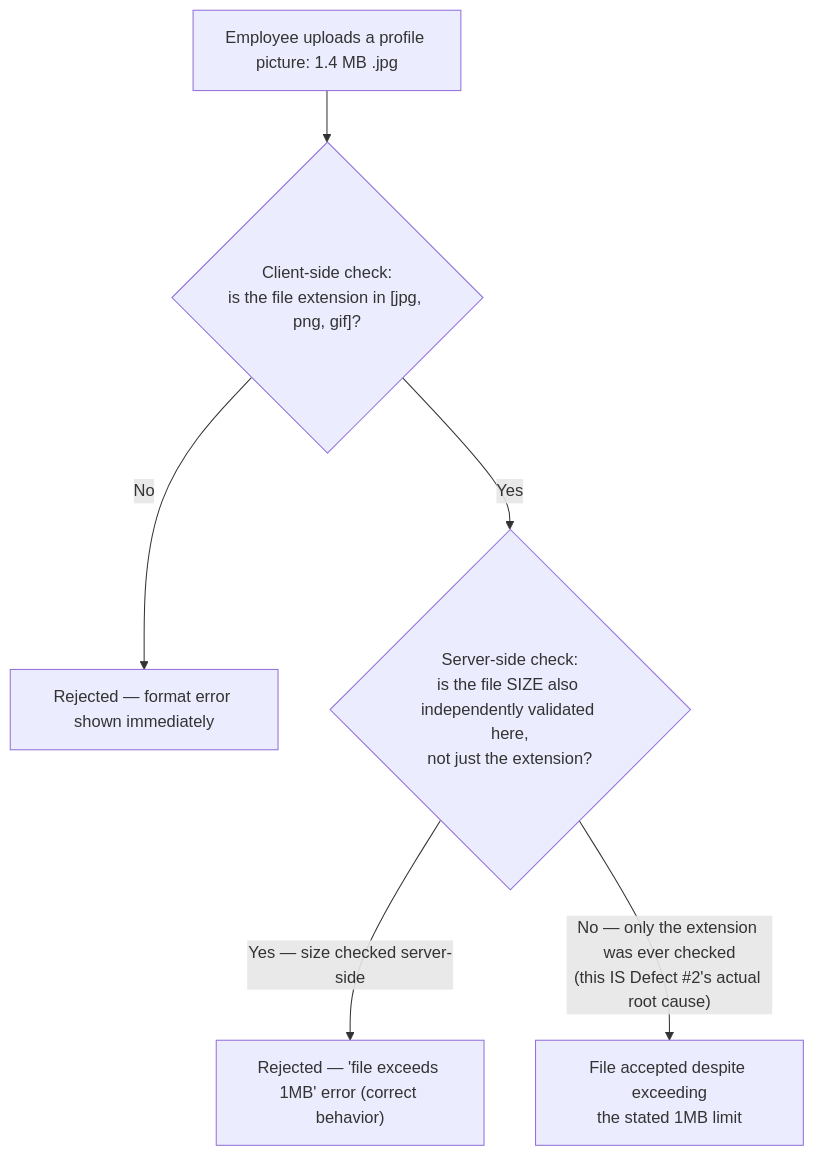
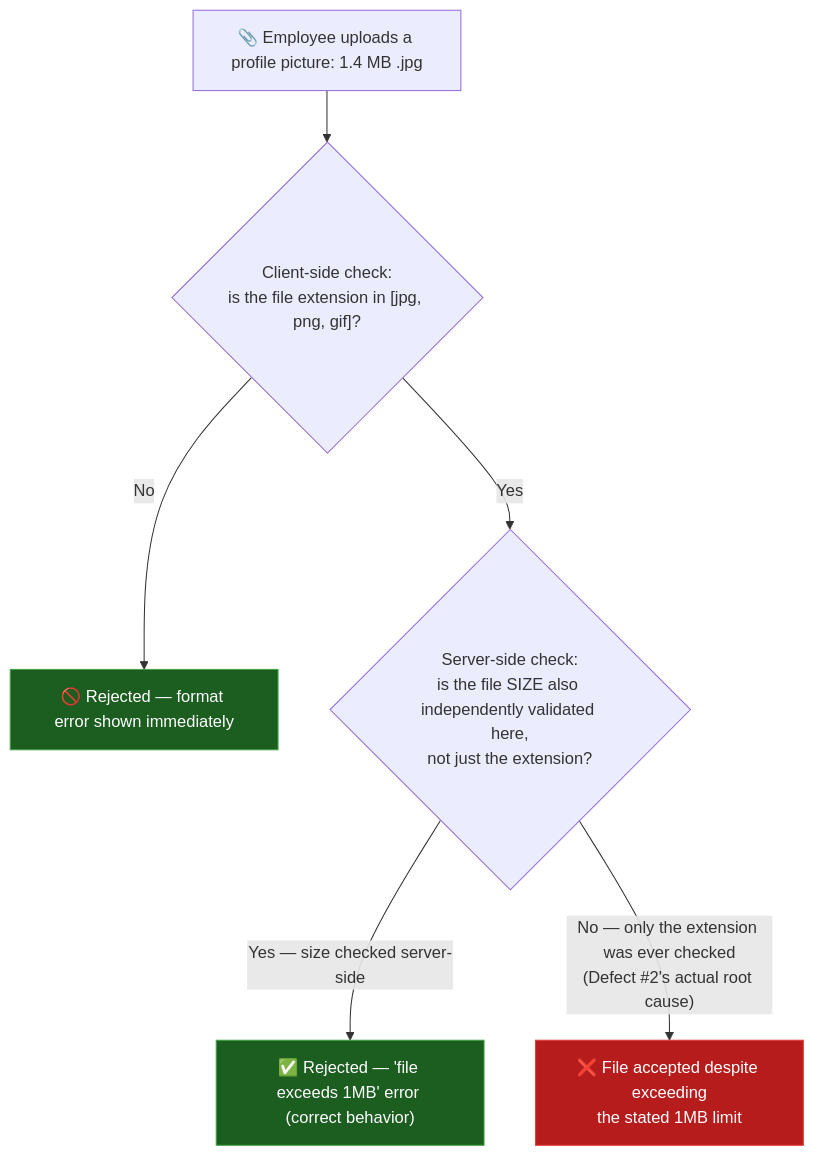
Before and after one commit to ghanendra-sdet/hrms-platform: the fourth of 4 diagrams in docs/architecture-and-flow.md, drawn with Mermaid. The commit also changed other lines of this file and 1 other file, not shown here.

Commit message:
docs: enrich architecture and tech-and-skills diagrams

````diff
--- a/docs/architecture-and-flow.md
+++ b/docs/architecture-and-flow.md
@@ -95,8 +107,13 @@
 ```mermaid
 flowchart TD
-    Upload["Employee uploads a profile picture: 1.4 MB .jpg"] --> ClientCheck{"Client-side check:<br/>is the file extension in [jpg, png, gif]?"}
-    ClientCheck -->|No| RejectFormat["Rejected — format error shown immediately"]
+    Upload["📎 Employee uploads a profile picture: 1.4 MB .jpg"] --> ClientCheck{"Client-side check:<br/>is the file extension in [jpg, png, gif]?"}
+    ClientCheck -->|No| RejectFormat["🚫 Rejected — format error shown immediately"]
     ClientCheck -->|Yes| ServerCheck{"Server-side check:<br/>is the file SIZE also independently validated here,<br/>not just the extension?"}
-    ServerCheck -->|"Yes — size checked server-side"| RejectSize["Rejected — 'file exceeds 1MB' error (correct behavior)"]
-    ServerCheck -->|"No — only the extension was ever checked<br/>(this IS Defect #2's actual root cause)"| Accept["File accepted despite exceeding<br/>the stated 1MB limit"]
+    ServerCheck -->|"Yes — size checked server-side"| RejectSize["✅ Rejected — 'file exceeds 1MB' error (correct behavior)"]
+    ServerCheck -->|"No — only the extension was ever checked<br/>(Defect #2's actual root cause)"| Accept["❌ File accepted despite exceeding<br/>the stated 1MB limit"]
+
+    classDef good fill:#1b5e20,stroke:#43a047,color:#fff
+    classDef bad fill:#b71c1c,stroke:#e53935,color:#fff
+    class RejectFormat,RejectSize good
+    class Accept bad
 ```
````
